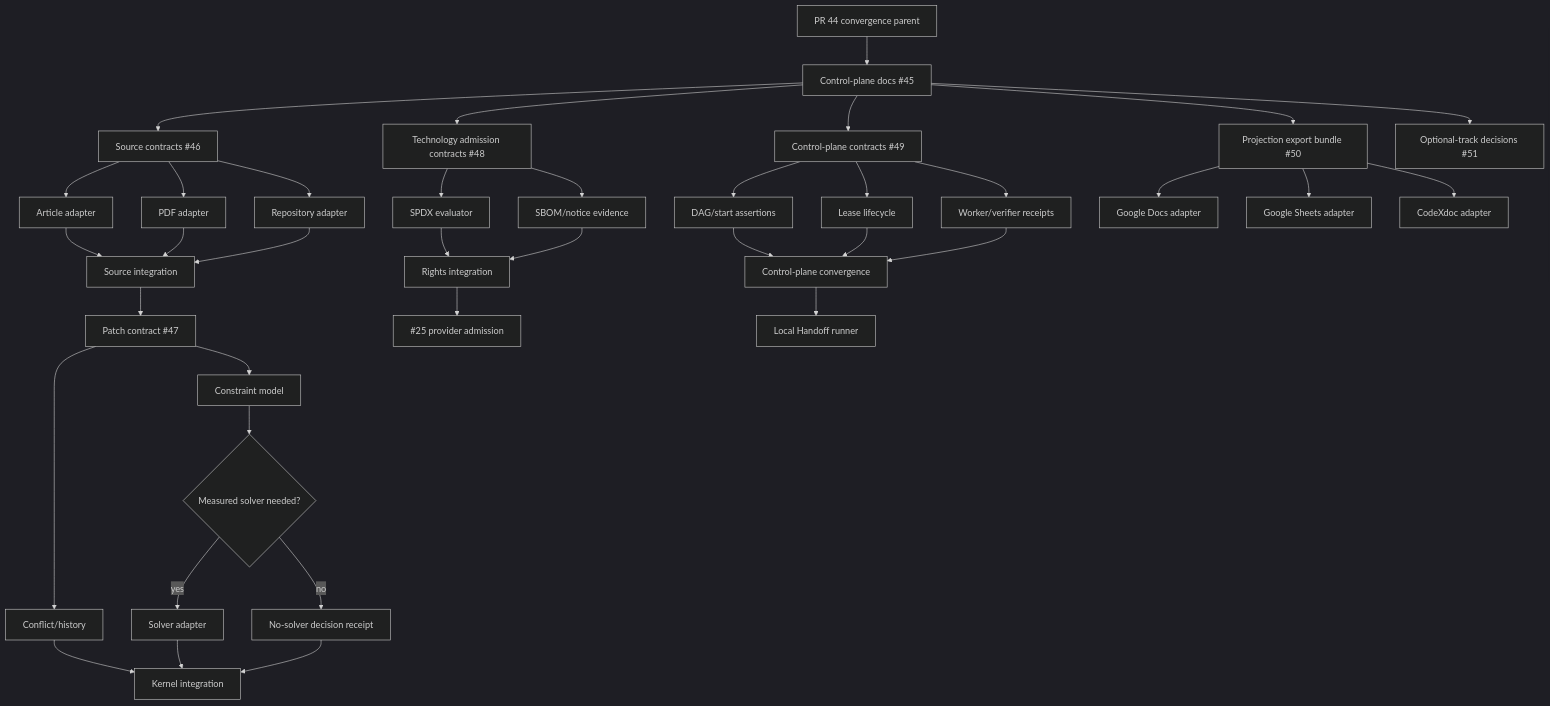
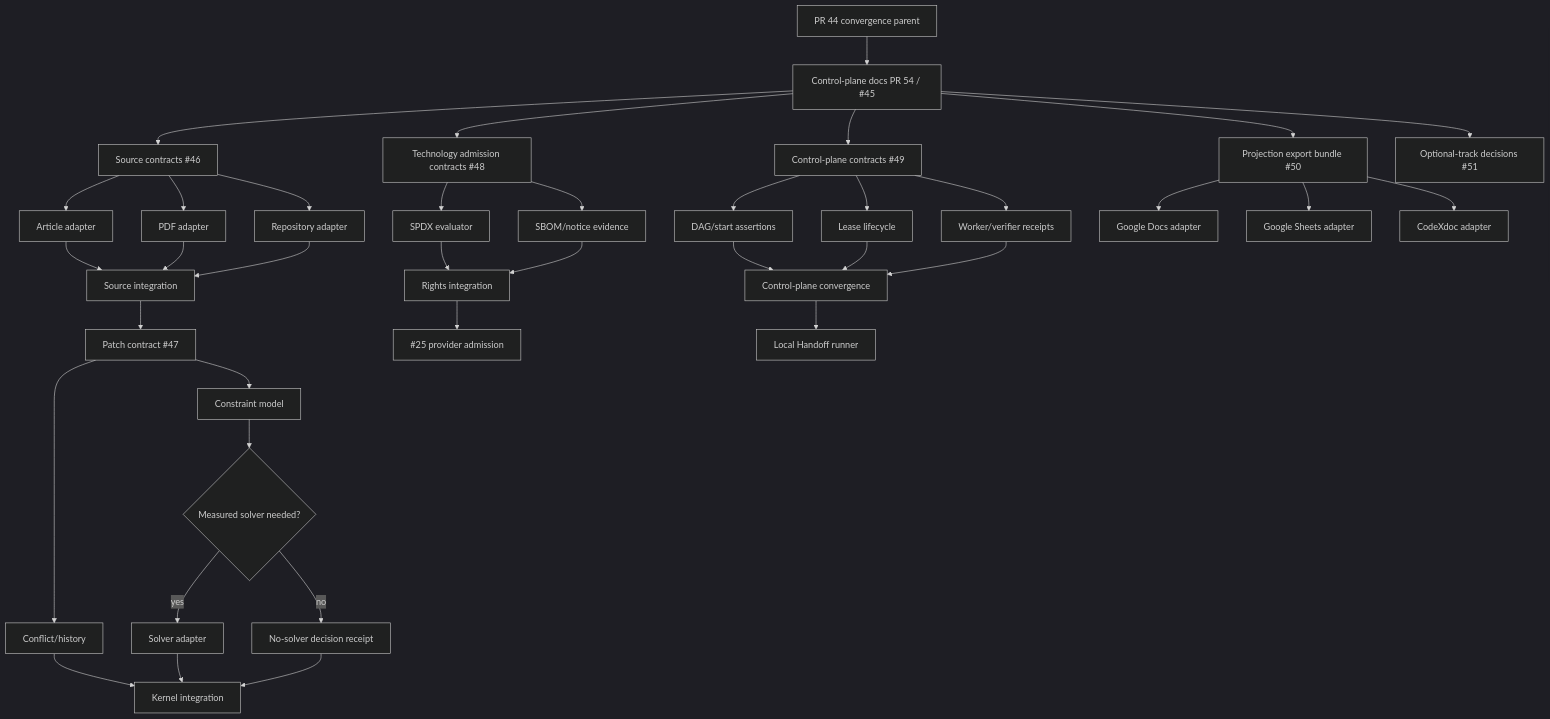
One commit to ed3c/website-design-compiler changed the diagram in docs/architecture/STACKED_PR_INDEX.md. Above: the diagram before and after it, drawn with Mermaid (dark theme). The commit also changed other lines of this file and 2 other files, not shown here.

````diff
--- a/docs/architecture/STACKED_PR_INDEX.md
+++ b/docs/architecture/STACKED_PR_INDEX.md
@@ -54,45 +54,45 @@
 ```mermaid
 flowchart TD
-    S0[PR 44 convergence parent] --> S1[Control-plane docs #45]
+    S0[PR 44 convergence parent] --> S1[Control-plane docs PR 54 / #45]
 
     S1 --> A1[Source contracts #46]
     S1 --> C1[Technology admission contracts #48]
     S1 --> D1[Control-plane contracts #49]
     S1 --> E1[Projection export bundle #50]
     S1 --> F1[Optional-track decisions #51]
 
     A1 --> A2[Article adapter]
     A1 --> A3[PDF adapter]
     A1 --> A4[Repository adapter]
     A2 --> A5[Source integration]
     A3 --> A5
     A4 --> A5
 
     A5 --> B1[Patch contract #47]
     B1 --> B2[Conflict/history]
     B1 --> B3[Constraint model]
     B3 --> B4{Measured solver needed?}
     B4 -->|yes| B5[Solver adapter]
     B4 -->|no| B6[No-solver decision receipt]
     B2 --> B7[Kernel integration]
     B5 --> B7
     B6 --> B7
 
     C1 --> C2[SPDX evaluator]
     C1 --> C3[SBOM/notice evidence]
     C2 --> C4[Rights integration]
     C3 --> C4
     C4 --> P25[#25 provider admission]
 
     D1 --> D2[DAG/start assertions]
     D1 --> D3[Lease lifecycle]
     D1 --> D4[Worker/verifier receipts]
     D2 --> D5[Control-plane convergence]
     D3 --> D5
     D4 --> D5
     D5 --> D6[Local Handoff runner]
 
     E1 --> E2[Google Docs adapter]
     E1 --> E3[Google Sheets adapter]
     E1 --> E4[CodeXdoc adapter]
 ```
````
